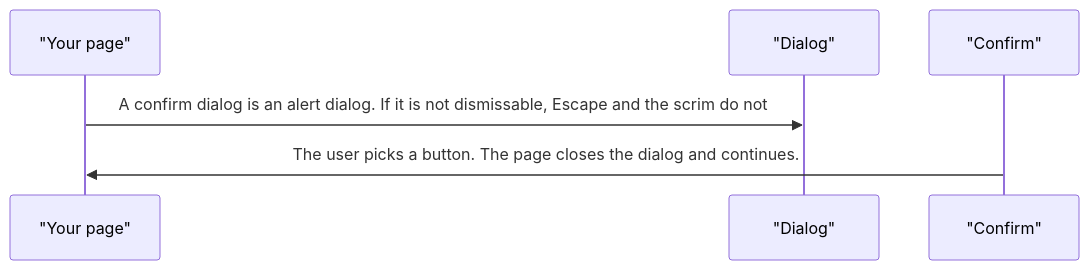
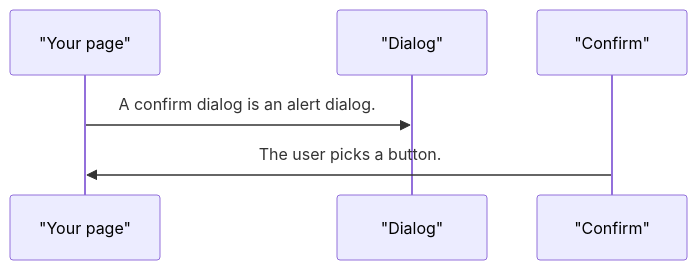
One commit to RajshekharBorate/pixel-ui changed the fourth of 4 diagrams in projects/pixel-ui/src/lib/pixel-dialog/DESIGN.md. Above: the diagram before and after it, drawn with Mermaid. The commit also changed other lines of this file and 80 other files, not shown here.

Commit message:
Fill missing design flows and correct the stories that did not match component behavior.

````diff
--- a/projects/pixel-ui/src/lib/pixel-dialog/DESIGN.md
+++ b/projects/pixel-ui/src/lib/pixel-dialog/DESIGN.md
@@ -79,8 +79,8 @@
 ```mermaid
 sequenceDiagram
   participant page as "Your page"
   participant dialog as "Dialog"
   participant confirm as "Confirm"
-  page->>dialog: A confirm dialog is an alert dialog. If it is not dismissable, Escape and the scrim do not
-  confirm->>page: The user picks a button. The page closes the dialog and continues.
+  page->>dialog: A confirm dialog is an alert dialog.
+  confirm->>page: The user picks a button.
 ```
````
